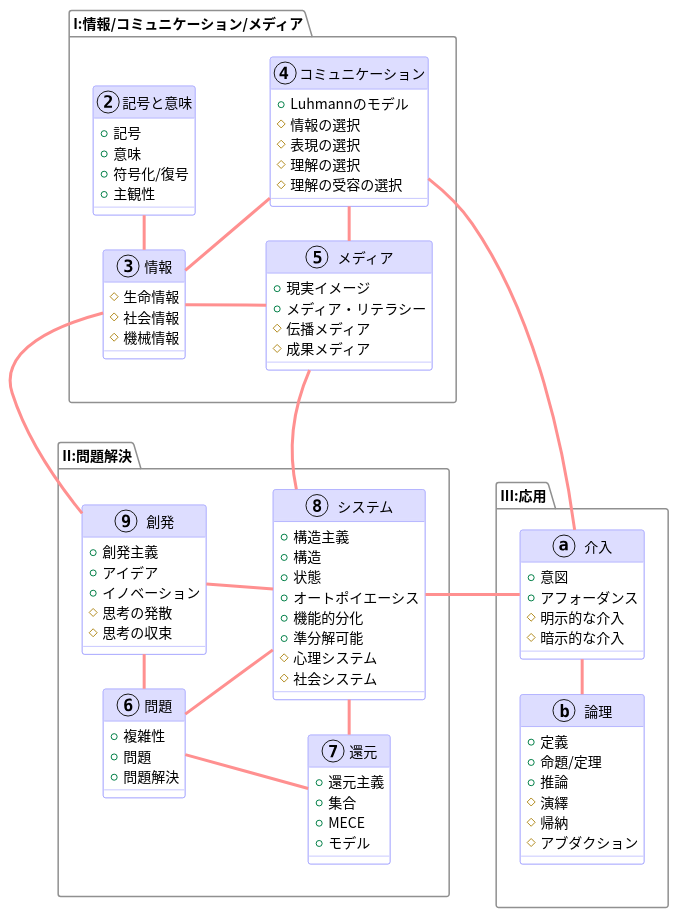
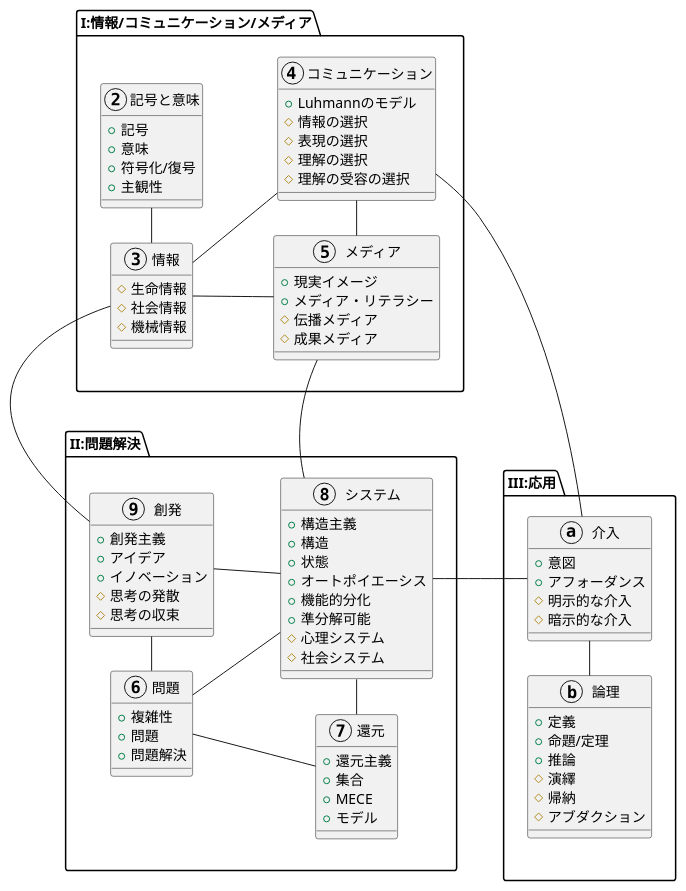
The diagram in image/package.puml (saireya/information-and-system), drawn with PlantUML before and after one commit.

Commit message:
Added AutoInclude

```diff
--- a/image/package.puml
+++ b/image/package.puml
@@ -1,104 +1,97 @@
 @startuml package
+'AutoInclude
+
 left to right direction
-
-skinparam Shadowing false
-skinparam PackageBorderColor #909090
-skinparam ClassBorderColor #9090ff
-skinparam ClassBackgroundColor transparent
-skinparam ClassHeaderBackgroundColor #ddddff
-skinparam ArrowColor #ff9090
-skinparam ArrowThickness 3
-skinparam DefaultFontName "Noto Sans CJK JP"
 
 package I:情報/コミュニケーション/メディア as I {
 	class 記号と意味 <<(2,transparent)>> {
 		+記号
 		+意味
 		+符号化/復号
 		+主観性
 	}
 	class 情報 <<(3,transparent)>> {
 		#生命情報
 		#社会情報
 		#機械情報
 	}
 	class コミュニケーション <<(4,transparent)>> {
 		+Luhmannのモデル
 		#情報の選択
 		#表現の選択
 		#理解の選択
 		#理解の受容の選択
 	}
 	class メディア <<(5,transparent)>> {
 		+現実イメージ
 		+メディア・リテラシー
 		#伝播メディア
 		#成果メディア
 	}
 
 	記号と意味-left-情報
 	情報-コミュニケーション
 	情報-down-メディア
 	コミュニケーション-left-メディア
 }
 
 package II:問題解決 as II {
 	class 問題 <<(6,transparent)>> {
 		+複雑性
 		+問題
 		+問題解決
 	}
 	class 還元 <<(7,transparent)>> {
 		+還元主義
 		+集合
 		+MECE
 		+モデル
 	}
 	class システム <<(8,transparent)>> {
 		+構造主義
 		+構造
 		+状態
 		+オートポイエーシス
 		+機能的分化
 		+準分解可能
 		#心理システム
 		#社会システム
 	}
 	class 創発 <<(9,transparent)>> {
 		+創発主義
 		+アイデア
 		+イノベーション
 		#思考の発散
 		#思考の収束
 	}
 	問題-right-還元
 	問題-right-システム
 	問題-right-創発
 	創発-down-システム
 	システム-left-還元
 	情報-left-創発
 	メディア-システム
 }
 
 package III:応用 as III {
 	class 介入 <<(a,transparent)>> {
 		+意図
 		+アフォーダンス
 		#明示的な介入
 		#暗示的な介入
 	}
 	class 論理 <<(b,transparent)>> {
 		+定義
 		+命題/定理
 		+推論
 		#演繹
 		#帰納
 		#アブダクション
 	}
 	介入-left-論理
 	コミュニケーション-down-介入
 	システム-down-介入
 }
 I-left[hidden]-II
 II-down[hidden]-III
 @enduml
```
